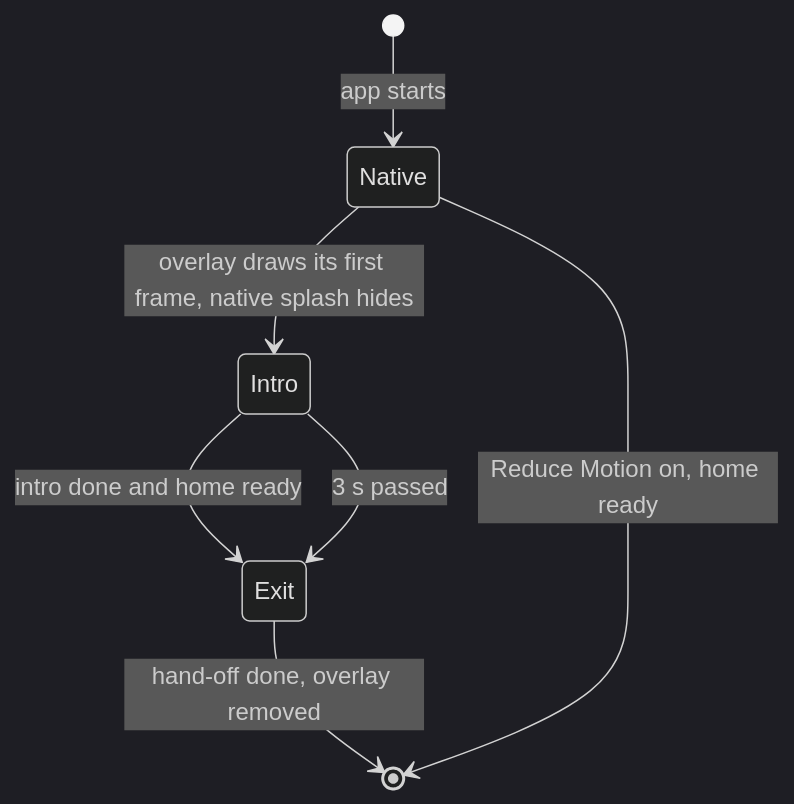
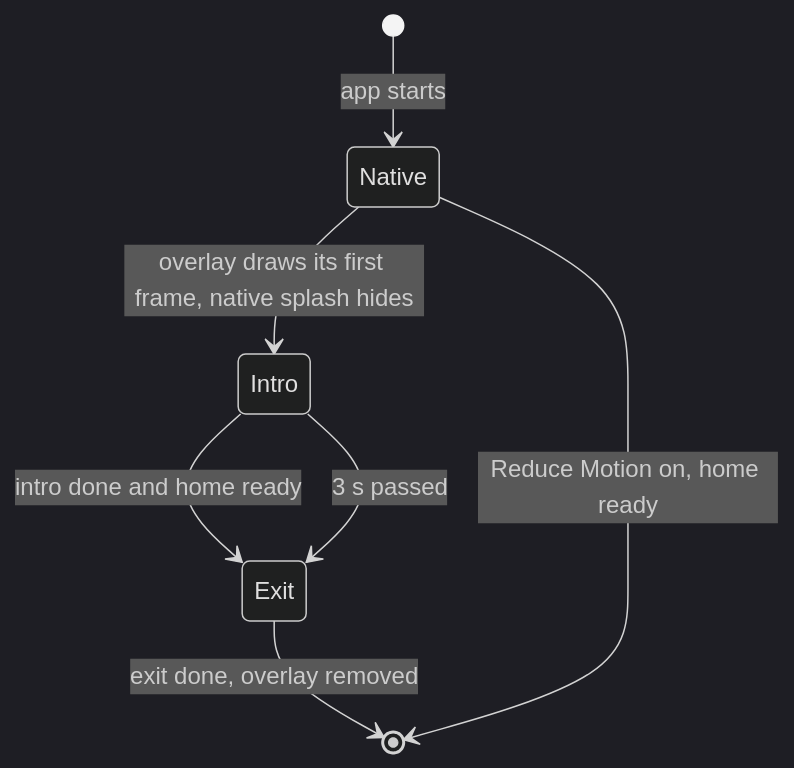
The diagram in docs/architecture/00-concepts/splash-screen.md (vandemaelefelix/sudoku), drawn with Mermaid (dark theme) before and after one commit. The commit also changed other lines of this file and 13 other files, not shown here.

````diff
--- a/docs/architecture/00-concepts/splash-screen.md
+++ b/docs/architecture/00-concepts/splash-screen.md
@@ -38,9 +38,9 @@
 ```mermaid
 stateDiagram-v2
     [*] --> Native: app starts
     Native --> Intro: overlay draws its first frame, native splash hides
     Intro --> Exit: intro done and home ready
     Intro --> Exit: 3 s passed
-    Exit --> [*]: hand-off done, overlay removed
+    Exit --> [*]: exit done, overlay removed
     Native --> [*]: Reduce Motion on, home ready
 ```
````
